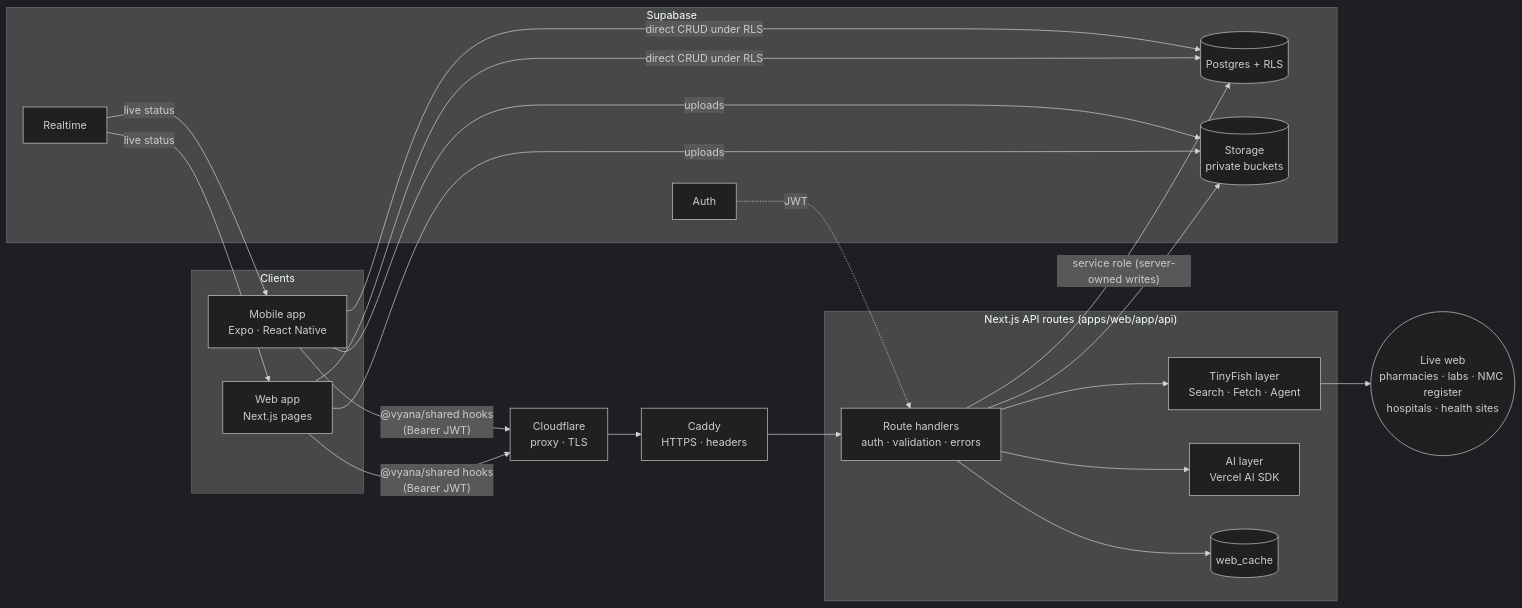
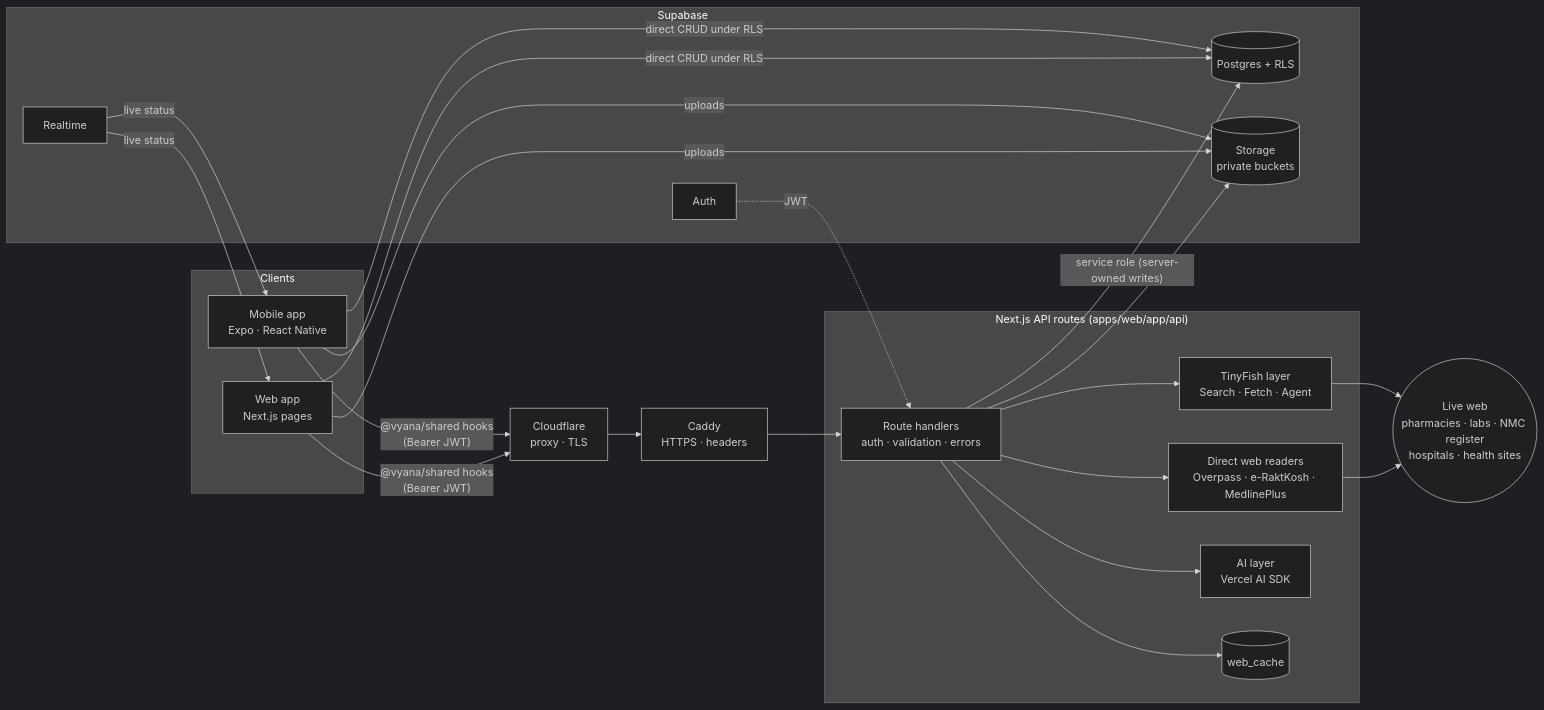
Before and after one commit to piyushgargog/vyana: the first of 2 diagrams in ARCHITECTURE.md, drawn with Mermaid (dark theme). The commit also changed other lines of this file and 15 other files, not shown here.

````diff
--- a/ARCHITECTURE.md
+++ b/ARCHITECTURE.md
@@ -5,33 +5,35 @@
 ```mermaid
 flowchart LR
   subgraph Clients
     M["Mobile app<br/>Expo · React Native"]
     W["Web app<br/>Next.js pages"]
   end
   CF["Cloudflare<br/>proxy · TLS"]
   CD["Caddy<br/>HTTPS · headers"]
   subgraph Server["Next.js API routes (apps/web/app/api)"]
     API["Route handlers<br/>auth · validation · errors"]
     TF["TinyFish layer<br/>Search · Fetch · Agent"]
+    DR["Direct web readers<br/>Overpass · e-RaktKosh · MedlinePlus"]
     AI["AI layer<br/>Vercel AI SDK"]
     C[("web_cache")]
   end
   subgraph Supabase
     DB[("Postgres + RLS")]
     ST[("Storage<br/>private buckets")]
     RT["Realtime"]
     AU["Auth"]
   end
   WEB(("Live web<br/>pharmacies · labs · NMC register<br/>hospitals · health sites"))
 
   M & W -- "@vyana/shared hooks<br/>(Bearer JWT)" --> CF --> CD --> API
   M & W -- "direct CRUD under RLS" --> DB
   M & W -- "uploads" --> ST
   RT -- "live status" --> M & W
   API --> TF --> WEB
+  API --> DR --> WEB
   API --> AI
   API --> C
   API -- "service role (server-owned writes)" --> DB
   API --> ST
   AU -.->|JWT| API
 ```
````
